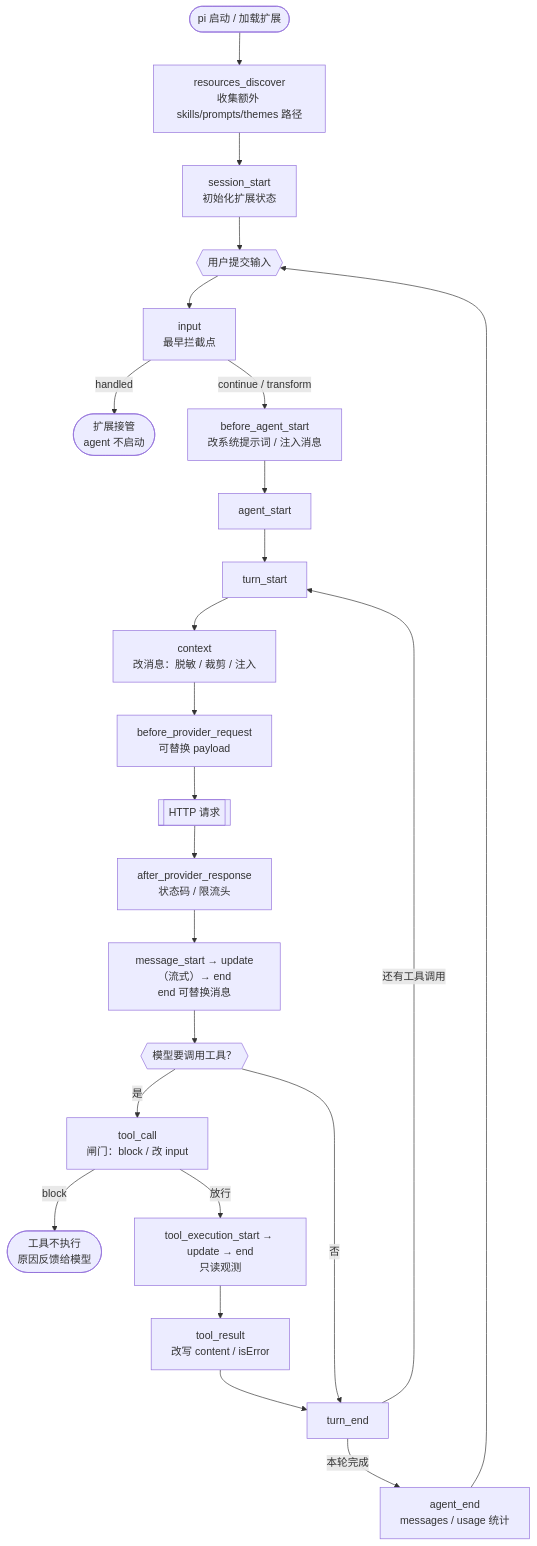
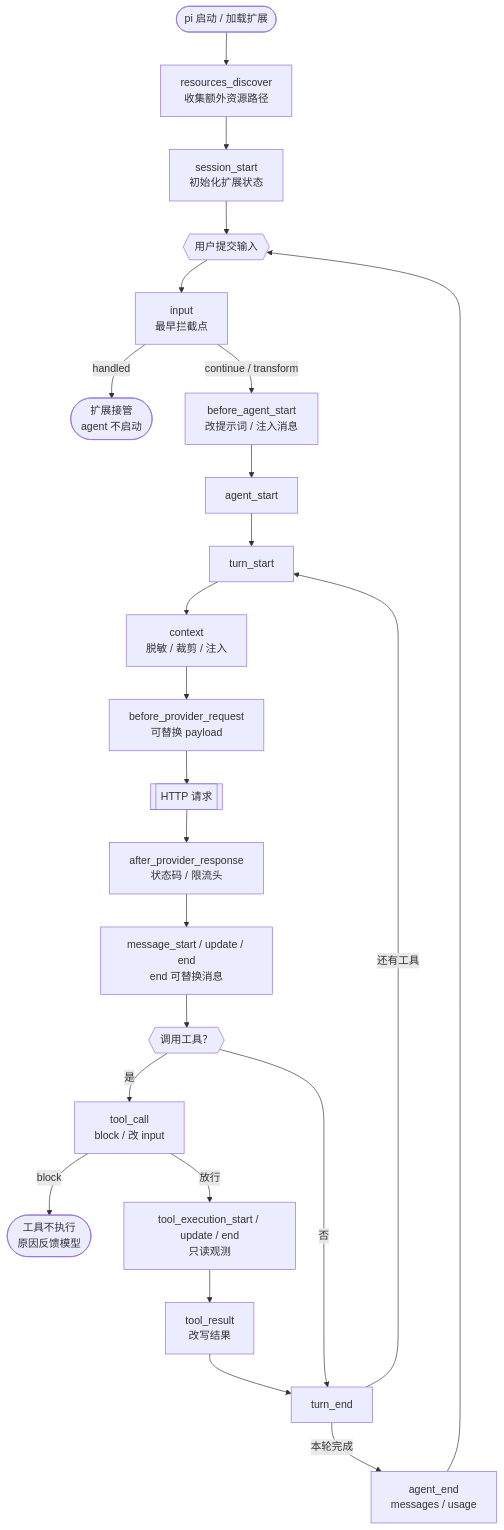
One commit to kunge2013/kunge2013.github.io changed the first of 2 diagrams in docs/posts/pi-agent/11-hellopi-events-overview.md. Above: the diagram before and after it, drawn with Mermaid. The commit also changed 9 other files, not shown here.

First line of the commit message:
fix: 修复 mermaid 流程图中文标签溢出裁切

````diff
--- a/docs/posts/pi-agent/11-hellopi-events-overview.md
+++ b/docs/posts/pi-agent/11-hellopi-events-overview.md
@@ -103,26 +103,26 @@
 ```mermaid
 flowchart TD
-    A(["pi 启动 / 加载扩展"]) --> B["resources_discover<br/>收集额外 skills/prompts/themes 路径"]
+    A(["pi 启动 / 加载扩展"]) --> B["resources_discover<br/>收集额外资源路径"]
     B --> C["session_start<br/>初始化扩展状态"]
     C --> D{{"用户提交输入"}}
     D --> E["input<br/>最早拦截点"]
     E -->|"handled"| Z(["扩展接管<br/>agent 不启动"])
-    E -->|"continue / transform"| F["before_agent_start<br/>改系统提示词 / 注入消息"]
+    E -->|"continue / transform"| F["before_agent_start<br/>改提示词 / 注入消息"]
     F --> G["agent_start"]
     G --> H["turn_start"]
-    H --> I["context<br/>改消息：脱敏 / 裁剪 / 注入"]
+    H --> I["context<br/>脱敏 / 裁剪 / 注入"]
     I --> J["before_provider_request<br/>可替换 payload"]
     J --> K[["HTTP 请求"]]
     K --> L["after_provider_response<br/>状态码 / 限流头"]
-    L --> M["message_start → update（流式）→ end<br/>end 可替换消息"]
-    M --> N{{"模型要调用工具？"}}
-    N -->|"是"| O["tool_call<br/>闸门：block / 改 input"]
-    O -->|"block"| P(["工具不执行<br/>原因反馈给模型"])
-    O -->|"放行"| Q["tool_execution_start → update → end<br/>只读观测"]
-    Q --> R["tool_result<br/>改写 content / isError"]
+    L --> M["message_start / update / end<br/>end 可替换消息"]
+    M --> N{{"调用工具？"}}
+    N -->|"是"| O["tool_call<br/>block / 改 input"]
+    O -->|"block"| P(["工具不执行<br/>原因反馈模型"])
+    O -->|"放行"| Q["tool_execution_start / update / end<br/>只读观测"]
+    Q --> R["tool_result<br/>改写结果"]
     R --> S["turn_end"]
     N -->|"否"| S
-    S -->|"还有工具调用"| H
-    S -->|"本轮完成"| T["agent_end<br/>messages / usage 统计"]
+    S -->|"还有工具"| H
+    S -->|"本轮完成"| T["agent_end<br/>messages / usage"]
     T --> D
 ```
````
